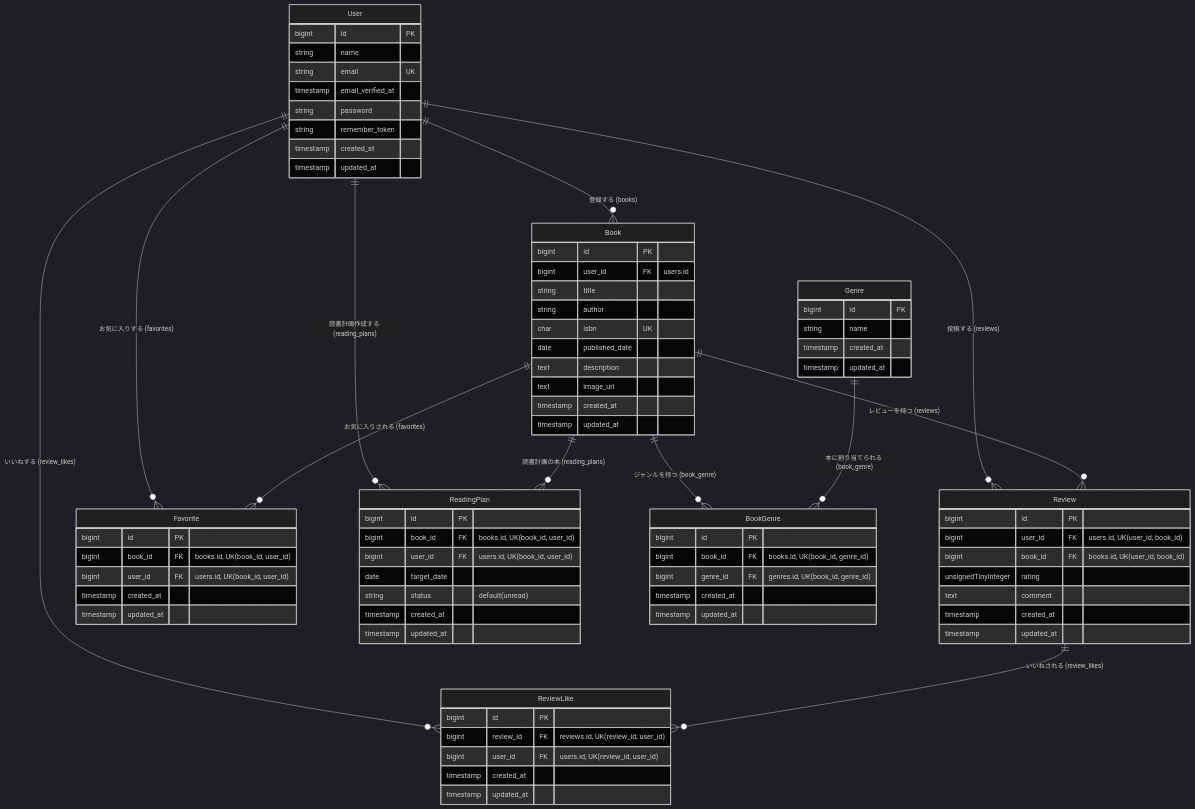
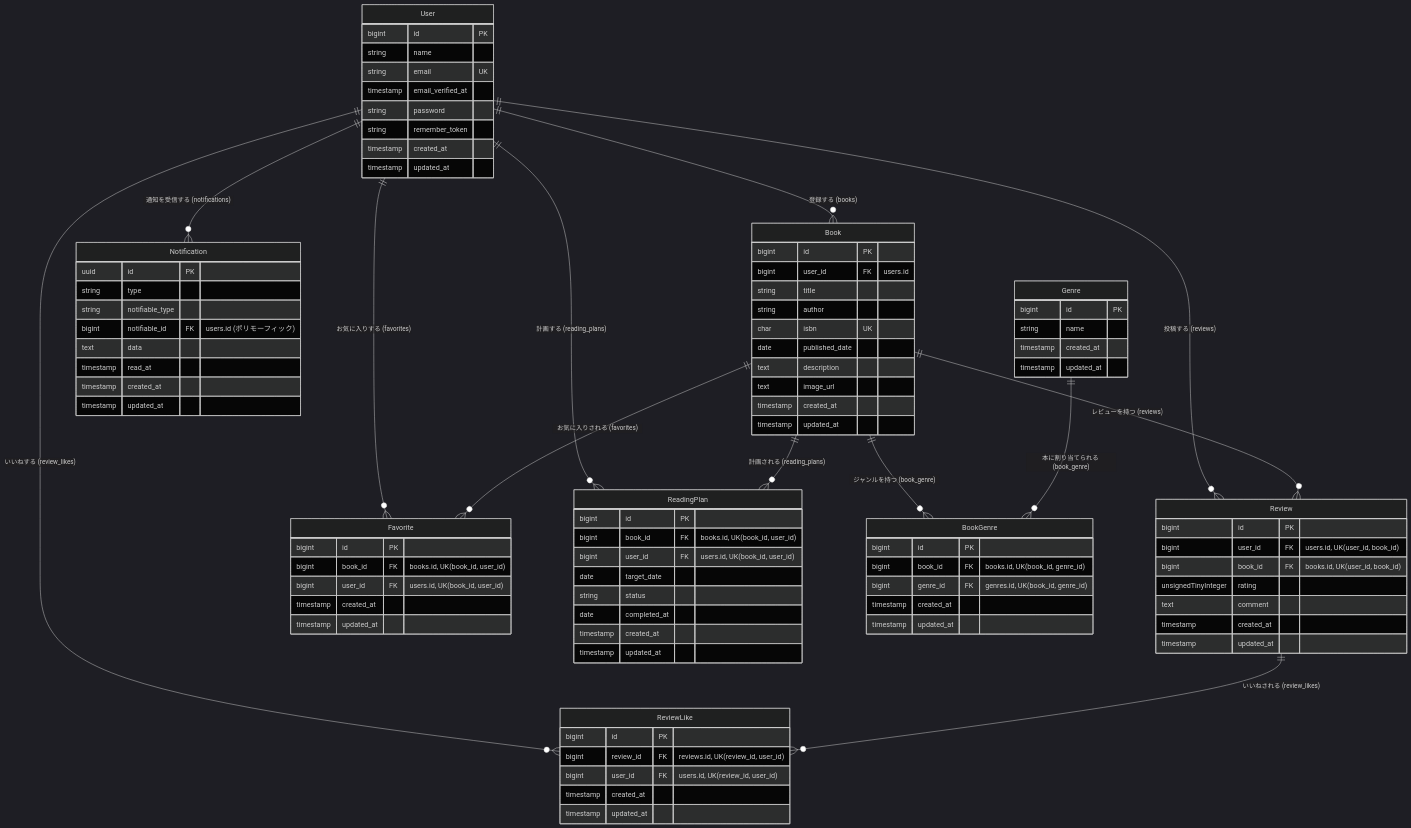
The diagram in bookshelf_ER.md (NobuyoshiShimada/BookShelf-App), drawn with Mermaid (dark theme) before and after one commit. The commit also changed 1 other file, not shown here.

Commit message:
doc:応用機能_READMEとER図の作成_完了 #51

````diff
--- a/bookshelf_ER.md
+++ b/bookshelf_ER.md
@@ -4,12 +4,13 @@
     User ||--o{ Review : "投稿する (reviews)"
     User ||--o{ Favorite : "お気に入りする (favorites)"
     User ||--o{ ReviewLike : "いいねする (review_likes)"
-    User ||--o{ ReadingPlan : "読書計画作成する (reading_plans)"
+    User ||--o{ ReadingPlan : "計画する (reading_plans)"
+    User ||--o{ Notification : "通知を受信する (notifications)"
     
     Book ||--o{ Review : "レビューを持つ (reviews)"
     Book ||--o{ BookGenre : "ジャンルを持つ (book_genre)"
     Book ||--o{ Favorite : "お気に入りされる (favorites)"
-    Book ||--o{ ReadingPlan : "読書計画の本 (reading_plans)"
+    Book ||--o{ ReadingPlan : "計画される (reading_plans)"
 
     
     Genre ||--o{ BookGenre : "本に割り当てられる (book_genre)"
@@ -80,14 +81,25 @@
         timestamp updated_at
     }
 
-        ReadingPlan {
+    ReadingPlan {
         bigint id PK
         bigint book_id FK "books.id, UK(book_id, user_id)"
         bigint user_id FK "users.id, UK(book_id, user_id)"
         date target_date
-        string status "default(unread)"
+        string status
+        date completed_at
         timestamp created_at
         timestamp updated_at
     }
 
+    Notification {
+        uuid id PK
+        string type
+        string notifiable_type
+        bigint notifiable_id FK "users.id (ポリモーフィック)"
+        text data
+        timestamp read_at
+        timestamp created_at
+        timestamp updated_at
+    }
 ```
````
